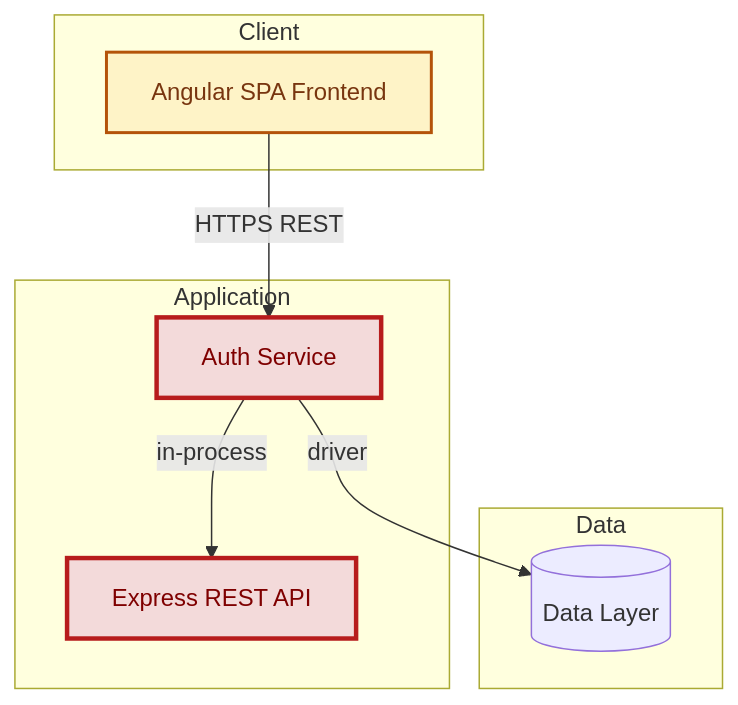
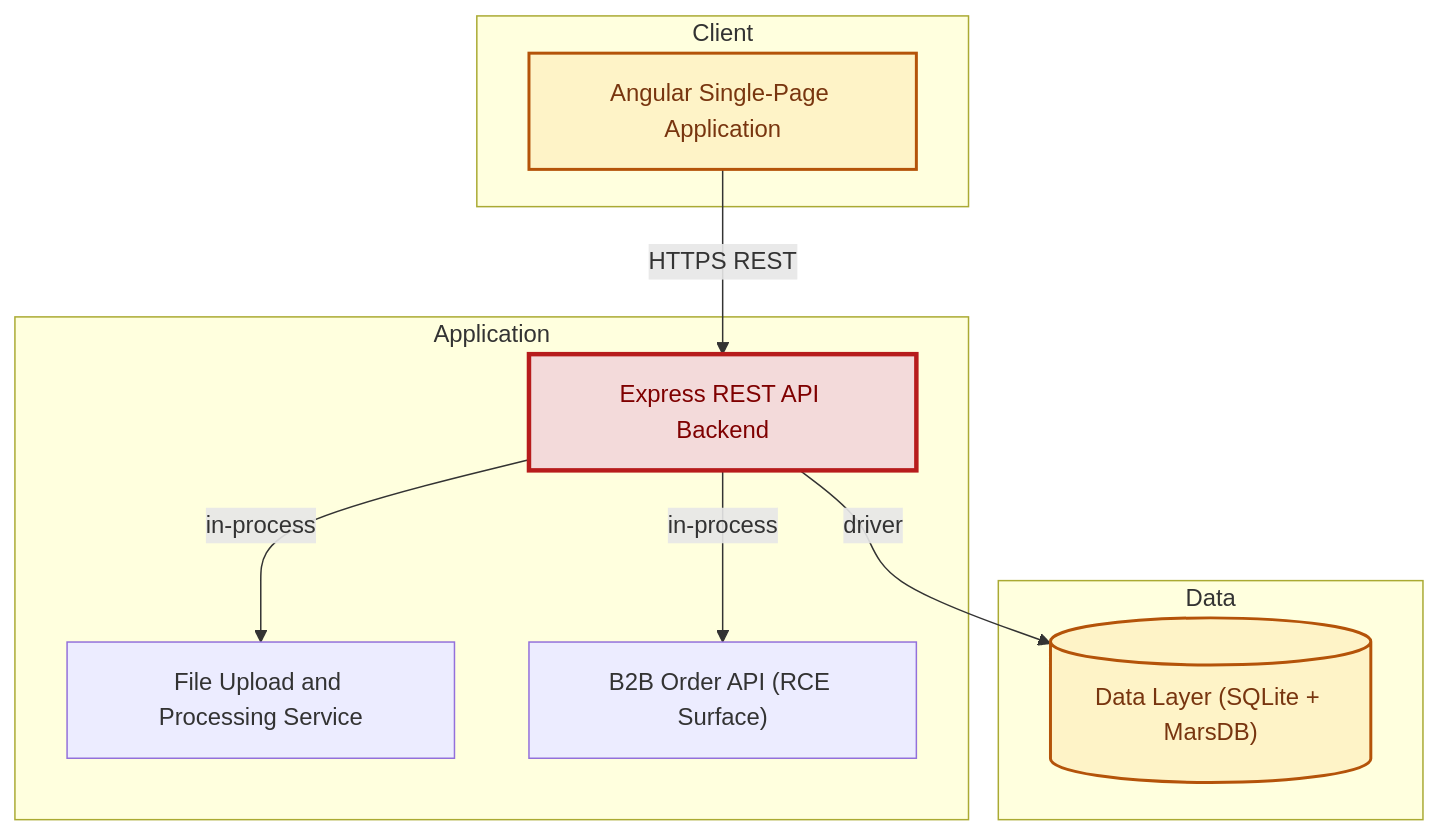
One commit to appsec-foundry/appsec-advisor changed the fifth of 19 diagrams in examples/threat-modeler/threat-model-juice-shop-standard.md. Above: the diagram before and after it, drawn with Mermaid. The commit also changed other lines of this file and 4 other files, not shown here.

````diff
--- a/examples/threat-modeler/threat-model-juice-shop-standard.md
+++ b/examples/threat-modeler/threat-model-juice-shop-standard.md
@@ -393,21 +382,23 @@
 ```mermaid
 flowchart TB
     subgraph Client
-        angular_frontend["Angular SPA Frontend"]
+        frontend_spa["Angular Single-Page Application"]
     end
     subgraph Application
-        auth_identity["Auth Service"]
-        express_backend["Express REST API"]
+        backend_api["Express REST API Backend"]
+        file_upload_service["File Upload and Processing Service"]
+        b2b_api["B2B Order API (RCE Surface)"]
     end
     subgraph Data
-        DATA[("Data Layer")]
+        data_persistence[("Data Layer (SQLite + MarsDB)")]
     end
-    angular_frontend -->|HTTPS REST| auth_identity
-    auth_identity -->|driver| DATA
-    auth_identity -->|in-process| express_backend
+    frontend_spa -->|HTTPS REST| backend_api
+    backend_api -->|driver| data_persistence
+    backend_api -->|in-process| file_upload_service
+    backend_api -->|in-process| b2b_api
     classDef critical fill:#f3dada,stroke:#b71c1c,color:#7f0000,stroke-width:3px
     classDef warning  fill:#fef3c7,stroke:#b45309,color:#78350f,stroke-width:2px
-    class auth_identity critical
-    class express_backend critical
-    class angular_frontend warning
+    class backend_api critical
+    class frontend_spa warning
+    class data_persistence warning
 ```
````
